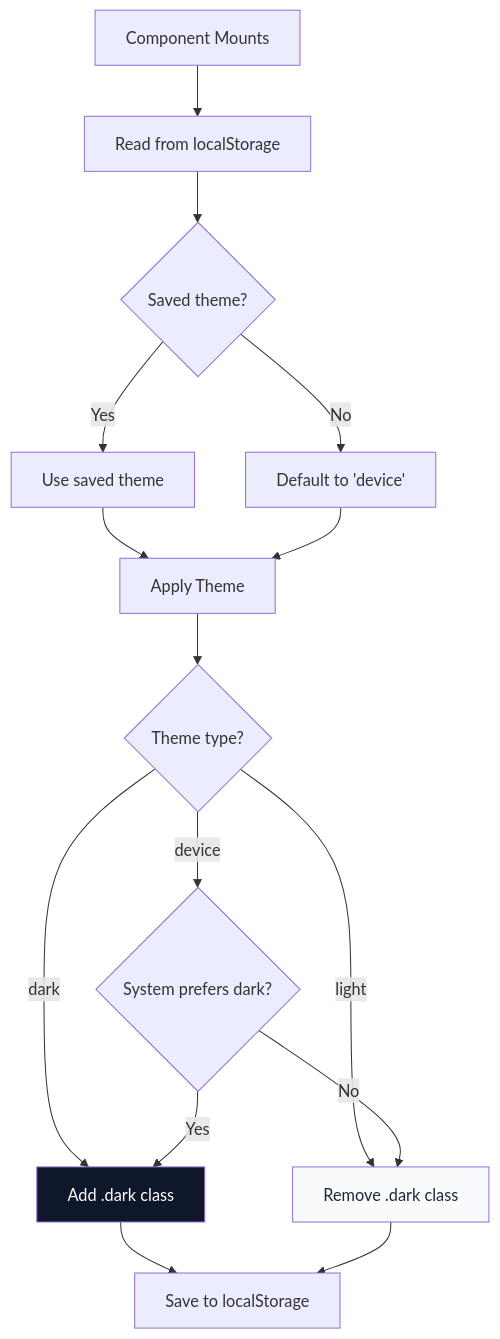
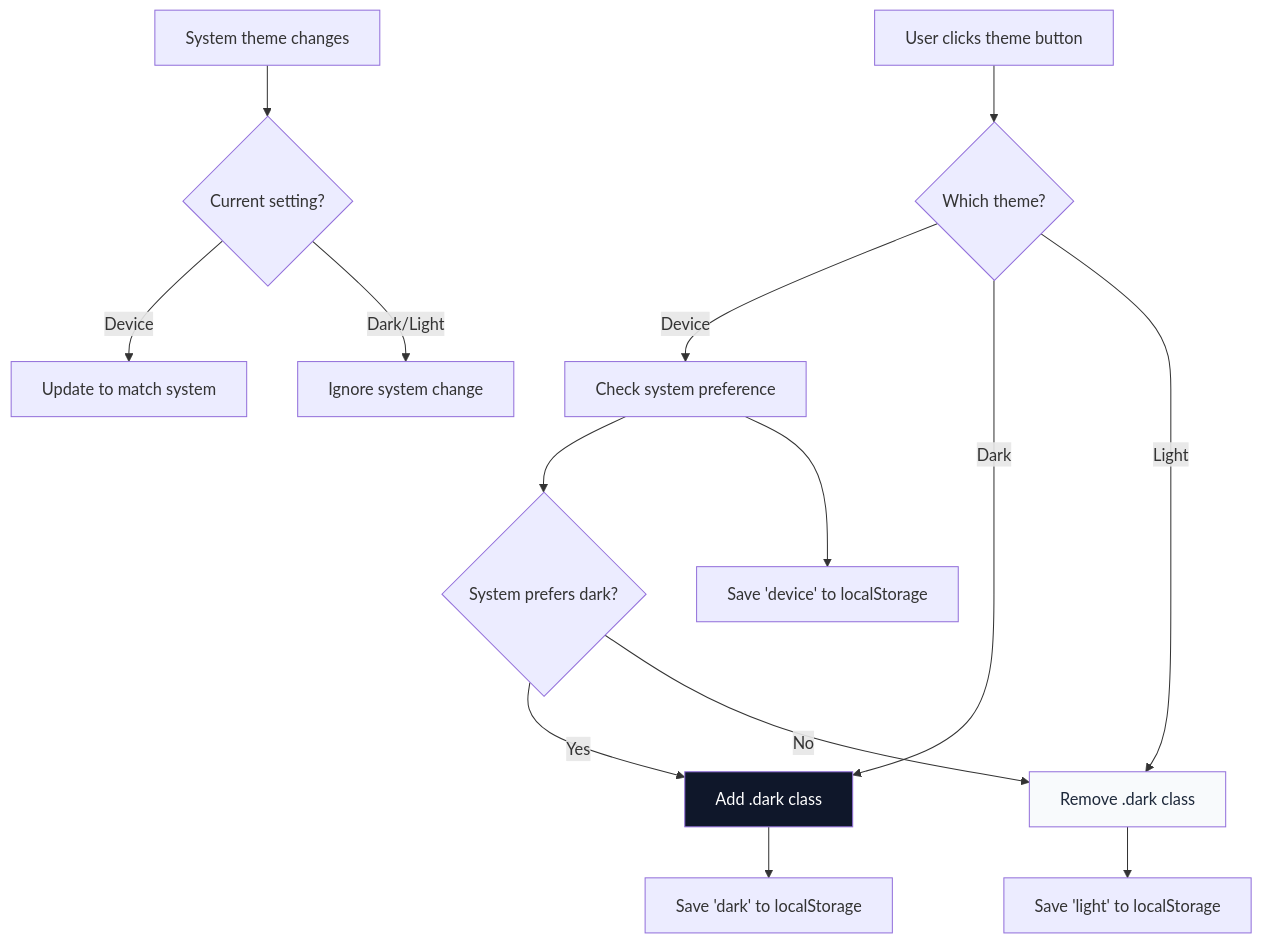
Before and after one commit to pentoshi007/cohort-mine: the sixth of 7 diagrams in 13-week-13/13.2-creating-sidebars-tailwind/README.md, drawn with Mermaid. The commit also changed other lines of this file, not shown here.

````diff
--- a/13-week-13/13.2-creating-sidebars-tailwind/README.md
+++ b/13-week-13/13.2-creating-sidebars-tailwind/README.md
@@ -282,23 +851,23 @@
 ```mermaid
 flowchart TD
-    A["Component Mounts"] --> B["Read from localStorage"]
-    B --> C{"Saved theme?"}
-    C -->|Yes| D["Use saved theme"]
-    C -->|No| E["Default to 'device'"]
+    A["User clicks theme button"] --> B{"Which theme?"}
     
-    D --> F["Apply Theme"]
-    E --> F
+    B -->|Device| C["Check system preference"]
+    B -->|Dark| D["Add .dark class"]
+    B -->|Light| E["Remove .dark class"]
     
-    F --> G{"Theme type?"}
-    G -->|dark| H["Add .dark class"]
-    G -->|light| I["Remove .dark class"]
-    G -->|device| J{"System prefers dark?"}
-    J -->|Yes| H
-    J -->|No| I
+    C --> F{"System prefers dark?"}
+    F -->|Yes| D
+    F -->|No| E
     
-    H --> K["Save to localStorage"]
-    I --> K
+    D --> G["Save 'dark' to localStorage"]
+    E --> H["Save 'light' to localStorage"]
+    C --> I["Save 'device' to localStorage"]
     
-    style H fill:#0f172a,color:#fff
-    style I fill:#f8fafc,color:#1e293b
+    J["System theme changes"] --> K{"Current setting?"}
+    K -->|Device| L["Update to match system"]
+    K -->|Dark/Light| M["Ignore system change"]
+    
+    style D fill:#0f172a,color:#fff
+    style E fill:#f8fafc,color:#1e293b
 ```
````
